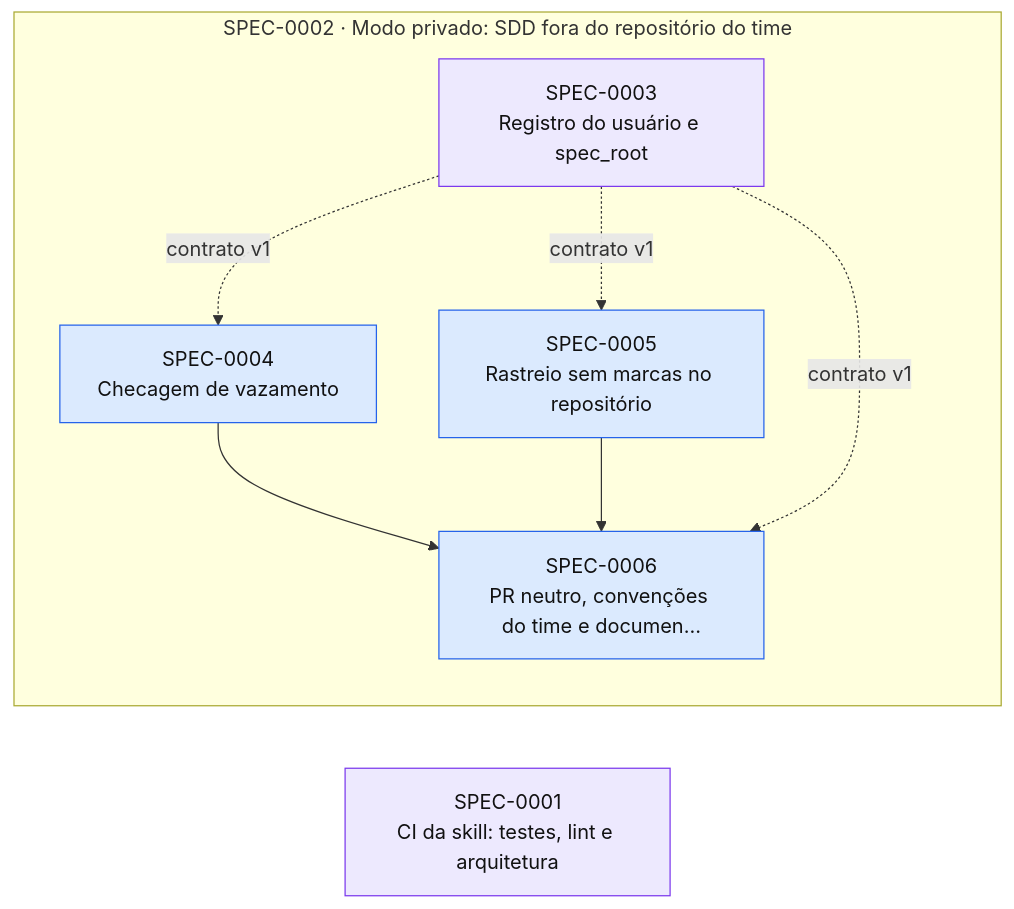
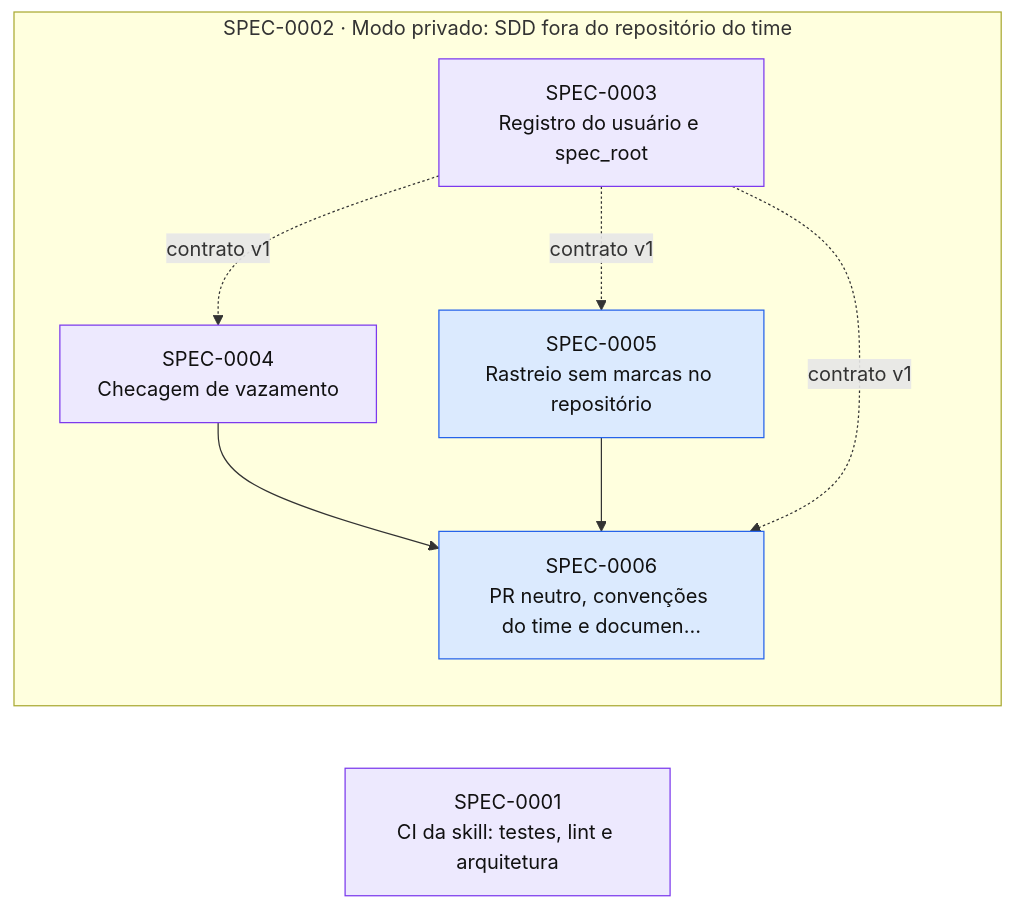
One commit to thomasravache/ai-dev-brain changed the diagram in docs/specs/INDEX.md. Above: the diagram before and after it, drawn with Mermaid. The commit also changed other lines of this file and 1 other file, not shown here.

First line of the commit message:
docs(specs): inicia a SPEC-0004

````diff
--- a/docs/specs/INDEX.md
+++ b/docs/specs/INDEX.md
@@ -54,20 +55,20 @@
 ```mermaid
 flowchart LR
   S0001["SPEC-0001<br/>CI da skill: testes, lint e arquitetura"]:::inprogress
   subgraph E0002["SPEC-0002 · Modo privado: SDD fora do repositório do time"]
     S0003["SPEC-0003<br/>Registro do usuário e spec_root"]:::inprogress
-    S0004["SPEC-0004<br/>Checagem de vazamento"]:::approved
+    S0004["SPEC-0004<br/>Checagem de vazamento"]:::inprogress
     S0005["SPEC-0005<br/>Rastreio sem marcas no repositório"]:::approved
     S0006["SPEC-0006<br/>PR neutro, convenções do time e documen…"]:::approved
   end
   S0003 -. contrato v1 .-> S0004
   S0003 -. contrato v1 .-> S0005
   S0004 --> S0006
   S0005 --> S0006
   S0003 -. contrato v1 .-> S0006
   classDef proposed fill:#fef3c7,stroke:#d97706,color:#111
   classDef approved fill:#dbeafe,stroke:#2563eb,color:#111
   classDef inprogress fill:#ede9fe,stroke:#7c3aed,color:#111
   classDef implemented fill:#dcfce7,stroke:#16a34a,color:#111
   classDef deprecated fill:#f3f4f6,stroke:#9ca3af,color:#6b7280
 ```
````
